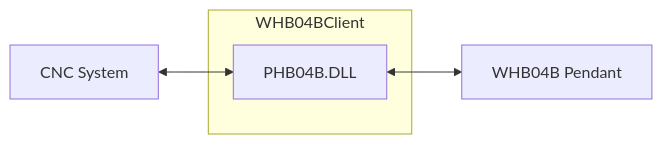
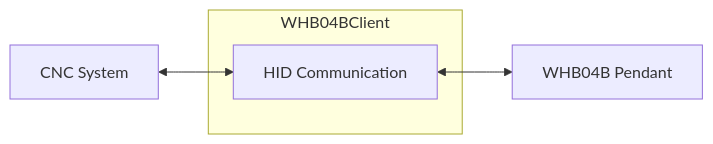
One commit to pedropaulovc/whb04b-6 changed the diagram in README.md. Above: the diagram before and after it, drawn with Mermaid. The commit also changed other lines of this file and 5 other files, not shown here.

First line of the commit message:
Migrate from vendor PHB04B.dll to direct HID communication

````diff
--- a/README.md
+++ b/README.md
@@ -8,12 +8,12 @@
 ```mermaid
 flowchart LR
     CNC[CNC System]
     Pendant[WHB04B Pendant]
     
     subgraph WHB04BClient
-        DLL[PHB04B.DLL]
+        HID[HID Communication]
     end
 
-    CNC <--> DLL
-    DLL <--> Pendant
+    CNC <--> HID
+    HID <--> Pendant
 ```
````
